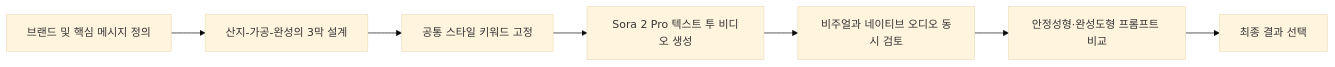
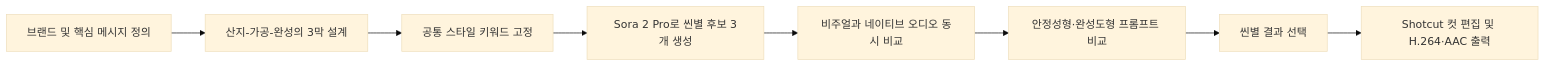
One commit to larklaon/N_Project_B1-2 changed the diagram in README.md. Above: the diagram before and after it, drawn with Mermaid (base theme). The commit also changed other lines of this file and 13 other files, not shown here.

````diff
--- a/README.md
+++ b/README.md
@@ -48,9 +55,10 @@
 ```mermaid
 flowchart LR
     A["브랜드 및 핵심 메시지 정의"] --> B["산지-가공-완성의 3막 설계"]
     B --> C["공통 스타일 키워드 고정"]
-    C --> D["Sora 2 Pro 텍스트 투 비디오 생성"]
-    D --> E["비주얼과 네이티브 오디오 동시 검토"]
+    C --> D["Sora 2 Pro로 씬별 후보 3개 생성"]
+    D --> E["비주얼과 네이티브 오디오 동시 비교"]
     E --> F["안정성형·완성도형 프롬프트 비교"]
-    F --> G["최종 결과 선택"]
+    F --> G["씬별 결과 선택"]
+    G --> H["Shotcut 컷 편집 및 H.264·AAC 출력"]
 ```
````
